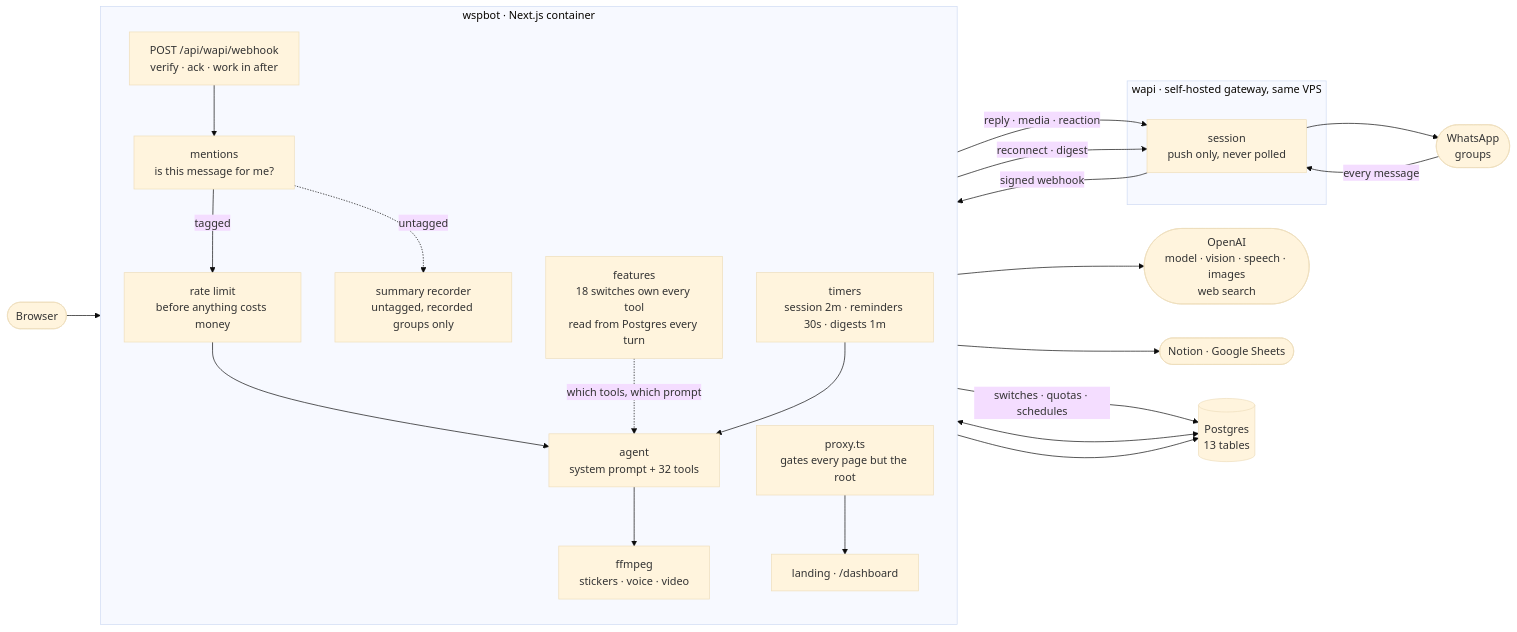
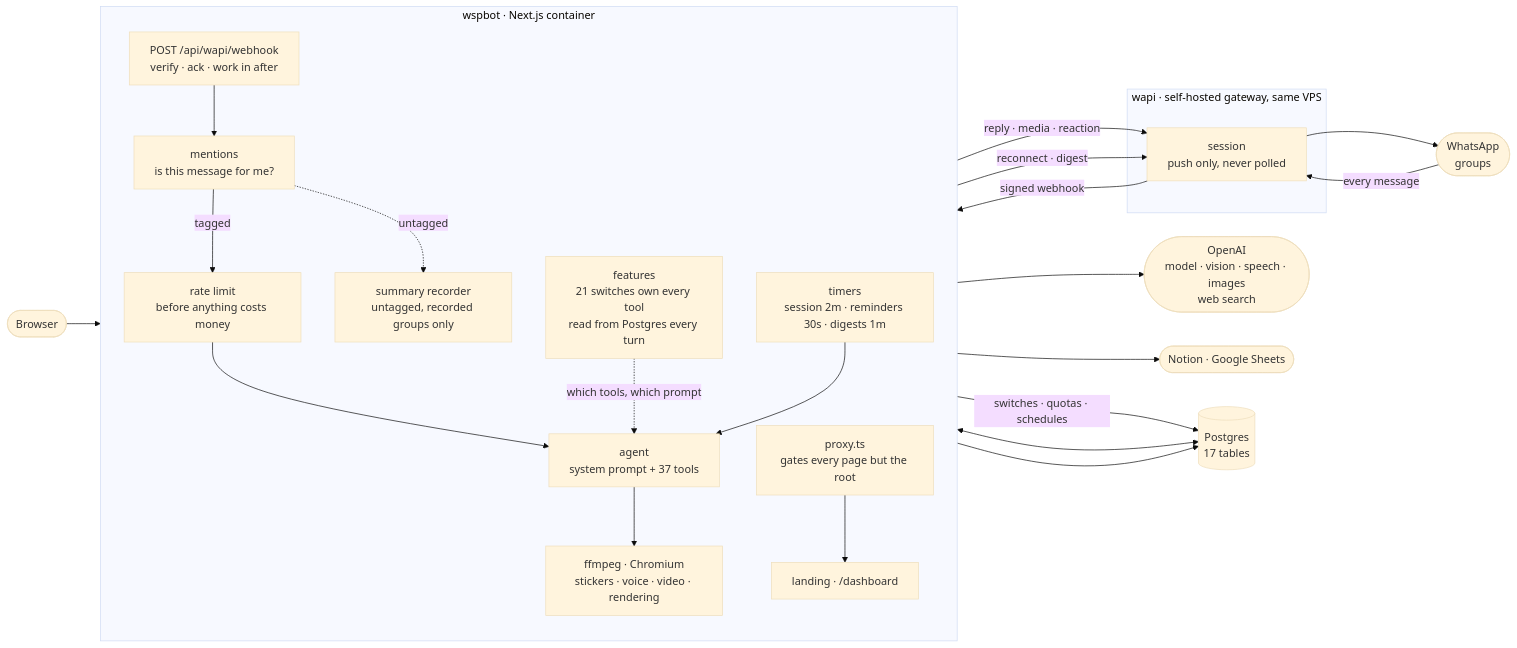
The first of 2 diagrams in README.md (Jibaru/wspbot), drawn with Mermaid (base theme) before and after one commit. The commit also changed other lines of this file and 11 other files, not shown here.

````diff
--- a/README.md
+++ b/README.md
@@ -67,47 +67,47 @@
 ```mermaid
 flowchart LR
     WA(["WhatsApp<br/>groups"])
     BROWSER(["Browser"])
     OPENAI(["OpenAI<br/>model · vision · speech · images<br/>web search"])
     EXT(["Notion · Google Sheets"])
 
     subgraph gw["wapi · self-hosted gateway, same VPS"]
         SESSION["session<br/>push only, never polled"]
     end
 
     subgraph app["wspbot · Next.js container"]
         direction TB
         HOOK["POST /api/wapi/webhook<br/>verify · ack · work in after"]
         GATE["mentions<br/>is this message for me?"]
         LIMIT["rate limit<br/>before anything costs money"]
         REC["summary recorder<br/>untagged, recorded groups only"]
-        AGENT["agent<br/>system prompt + 32 tools"]
+        AGENT["agent<br/>system prompt + 37 tools"]
         TIMERS["timers<br/>session 2m · reminders 30s · digests 1m"]
-        FEAT["features<br/>18 switches own every tool<br/>read from Postgres every turn"]
-        FF["ffmpeg<br/>stickers · voice · video"]
+        FEAT["features<br/>21 switches own every tool<br/>read from Postgres every turn"]
+        FF["ffmpeg · Chromium<br/>stickers · voice · video · rendering"]
         PROXY["proxy.ts<br/>gates every page but the root"]
         PAGES["landing · /dashboard"]
     end
 
-    PG[("Postgres<br/>13 tables")]
+    PG[("Postgres<br/>17 tables")]
 
     WA -->|"every message"| SESSION
     SESSION -->|"signed webhook"| HOOK
     HOOK --> GATE
     GATE -->|"tagged"| LIMIT
     GATE -.->|"untagged"| REC
     LIMIT --> AGENT
     FEAT -.->|"which tools, which prompt"| AGENT
     AGENT --> OPENAI
     AGENT --> FF
     AGENT --> EXT
     AGENT -->|"reply · media · reaction"| SESSION
     SESSION --> WA
 
     BROWSER --> PROXY --> PAGES
     PAGES -->|"switches · quotas · schedules"| PG
     AGENT <--> PG
     REC --> PG
     TIMERS --> AGENT
     TIMERS -->|"reconnect · digest"| SESSION
 ```
````
